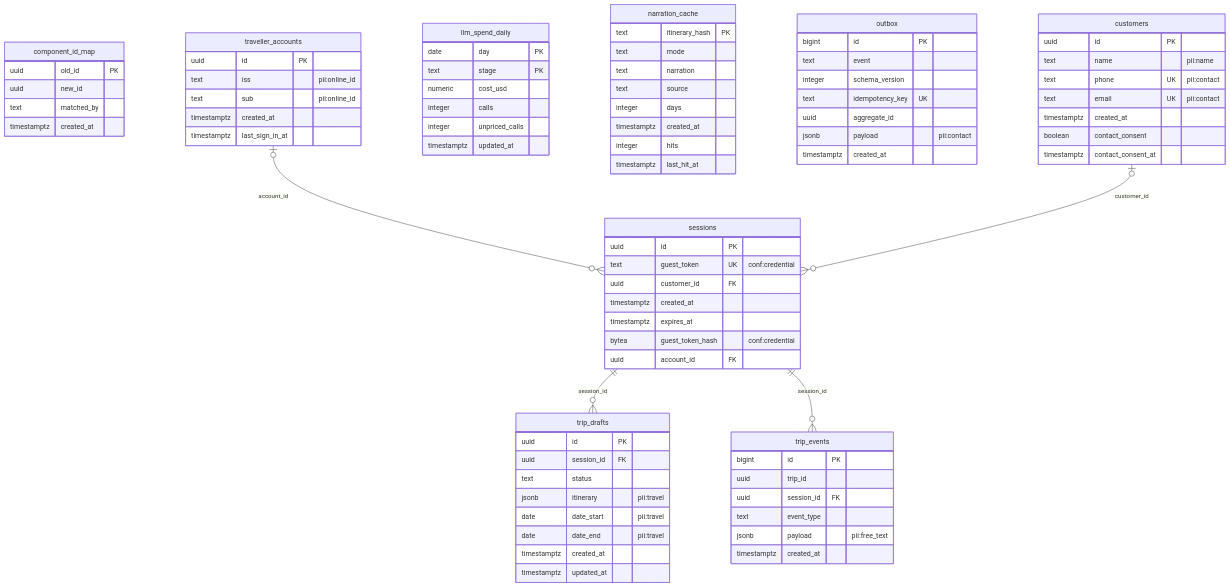
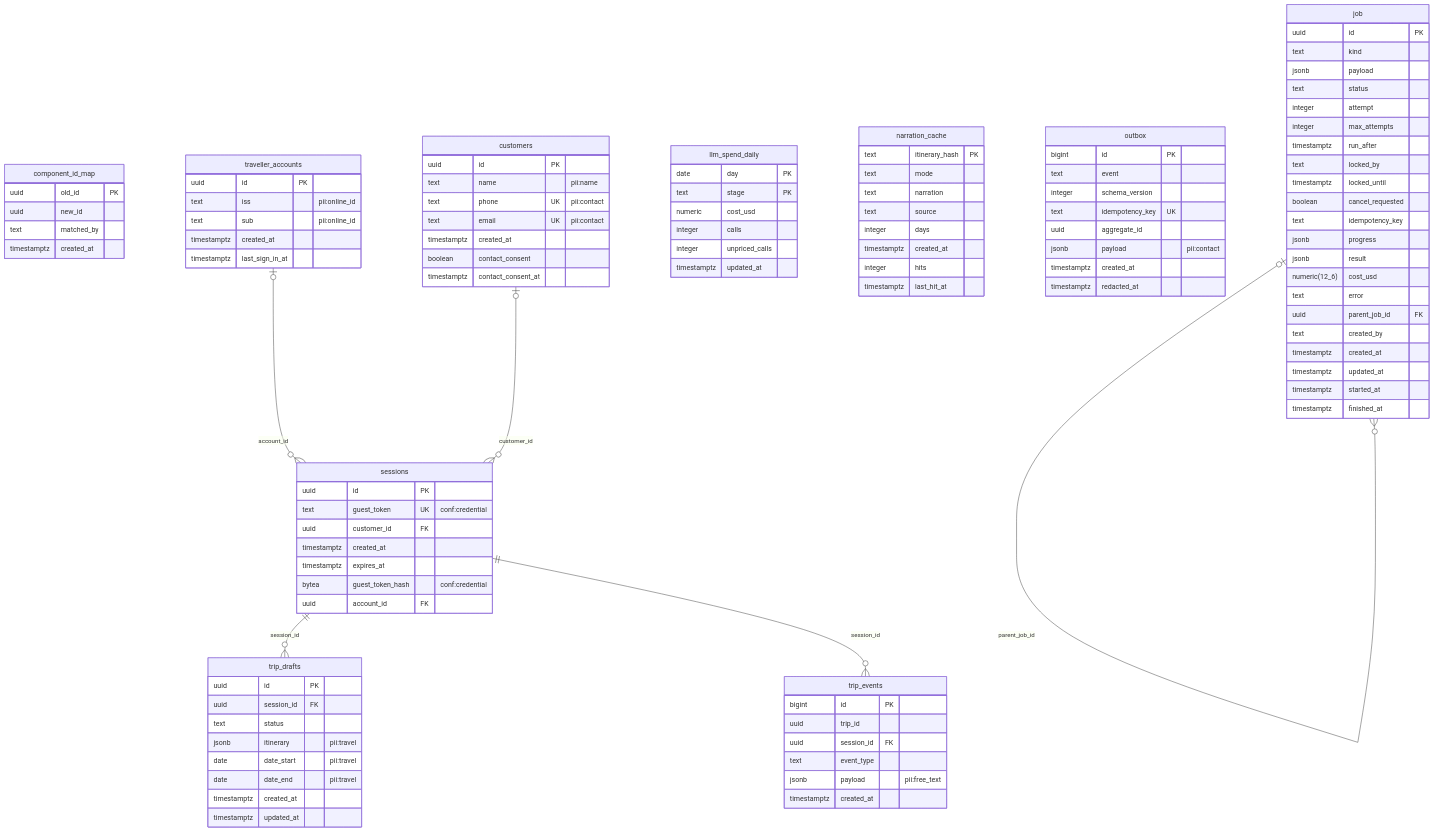
Before and after one commit to AdventureAsia365-Ecosys/AA-Ecosys: the diagram in docs/architecture/erd/tripplanner.md, drawn with Mermaid. The commit also changed other lines of this file and 2 other files, not shown here.

First paragraph of the commit message:
docs: regenerate db-schema-reference.md and ERD (live dump) (#326)
Generated by the AA-CIS-Infra **DB Schema Dump** workflow (after DB
Migrate apply of tripplanner/021_job_table_outbox_redaction.sql (run
40828480157)):
https://github.com/AdventureAsia365-Ecosys/AA-CIS-Infra/actions/runs/40828628423

```diff
--- a/docs/architecture/erd/tripplanner.md
+++ b/docs/architecture/erd/tripplanner.md
@@ -38,6 +38,29 @@
         timestamptz created_at
         boolean contact_consent
         timestamptz contact_consent_at
+    }
+    job {
+        uuid id PK
+        text kind
+        jsonb payload
+        text status
+        integer attempt
+        integer max_attempts
+        timestamptz run_after
+        text locked_by
+        timestamptz locked_until
+        boolean cancel_requested
+        text idempotency_key
+        jsonb progress
+        jsonb result
+        numeric(12_6) cost_usd
+        text error
+        uuid parent_job_id FK
+        text created_by
+        timestamptz created_at
+        timestamptz updated_at
+        timestamptz started_at
+        timestamptz finished_at
     }
     llm_spend_daily {
         date day PK
@@ -65,6 +88,7 @@
         uuid aggregate_id
         jsonb payload "pii:contact"
         timestamptz created_at
+        timestamptz redacted_at
     }
     sessions {
         uuid id PK
@@ -100,6 +124,7 @@
         jsonb payload "pii:free_text"
         timestamptz created_at
     }
+    job |o--o{ job : "parent_job_id"
     traveller_accounts |o--o{ sessions : "account_id"
     customers |o--o{ sessions : "customer_id"
     sessions ||--o{ trip_drafts : "session_id"
```
